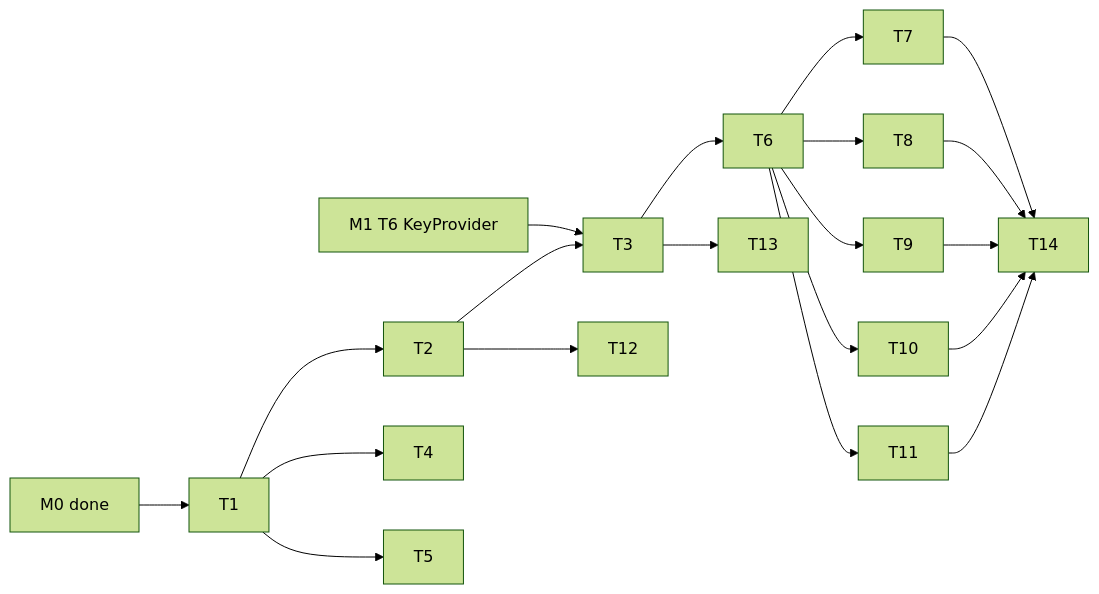
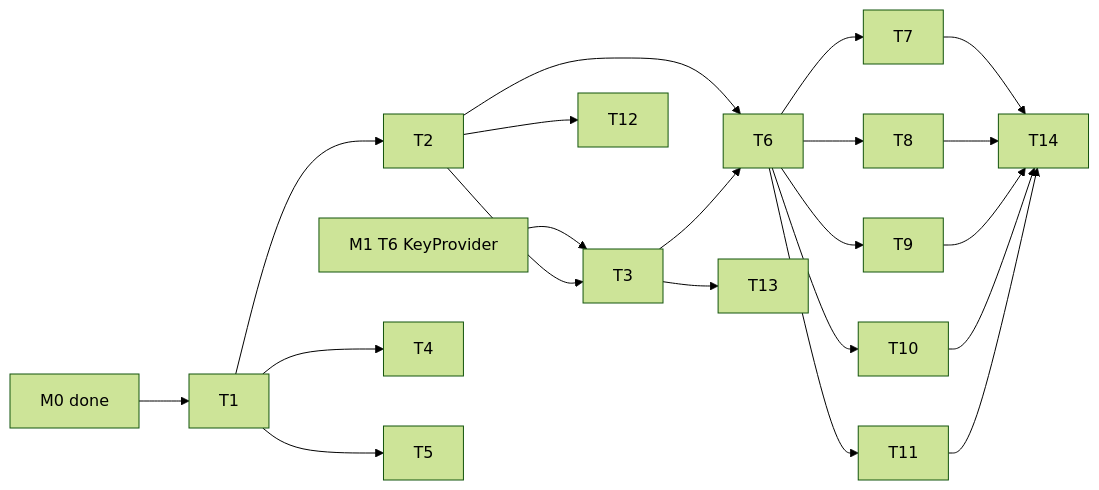
One commit to cr1992/DayZ changed the diagram in specs/active/data-layer/tasks.md. Above: the diagram before and after it, drawn with Mermaid (forest theme). The commit also changed other lines of this file and 29 other files, not shown here.

````diff
--- a/specs/active/data-layer/tasks.md
+++ b/specs/active/data-layer/tasks.md
@@ -12,22 +12,23 @@
 ```mermaid
 graph LR
   M0[M0 done] --> T1
   M1T6[M1 T6 KeyProvider] --> T3
   T1 --> T2
   T1 --> T4
   T1 --> T5
   T2 --> T3
+  T2 --> T6
   T3 --> T6
   T6 --> T7
   T6 --> T8
   T6 --> T9
   T6 --> T10
   T6 --> T11
   T2 --> T12
   T3 --> T13
   T7 --> T14
   T8 --> T14
   T9 --> T14
   T10 --> T14
   T11 --> T14
 ```
````
